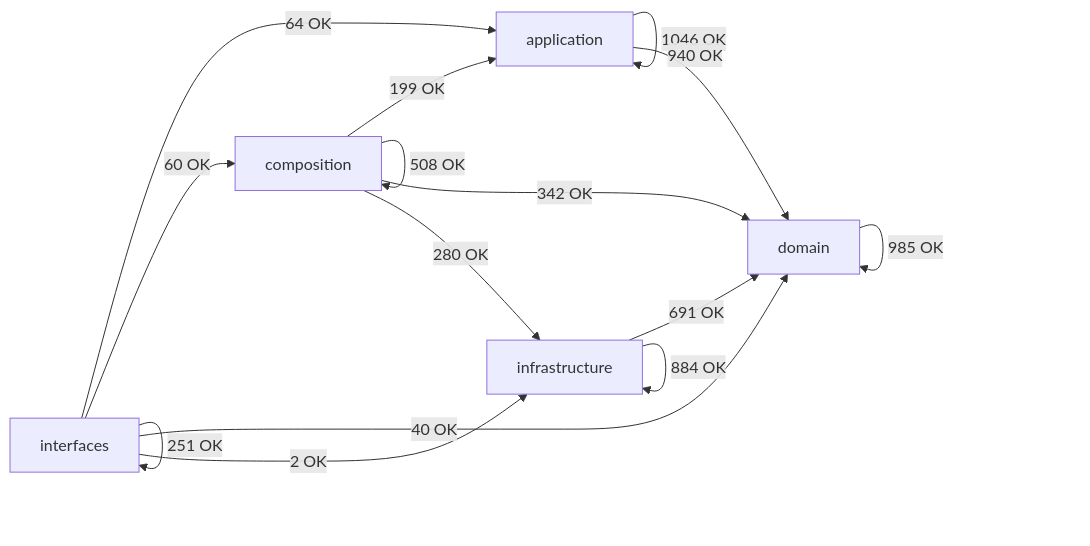
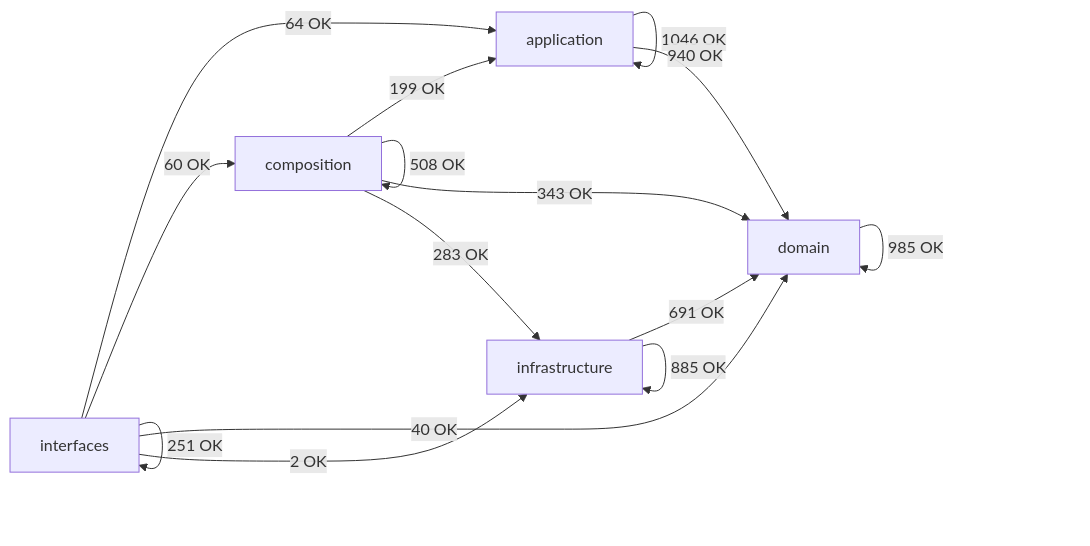
The diagram in docs/02-architecture/generated/module-dependency-map.md (SatoryKono/BioactivityDataAcquisition), drawn with Mermaid before and after one commit. The commit also changed other lines of this file and 6 other files, not shown here.

````diff
--- a/docs/02-architecture/generated/module-dependency-map.md
+++ b/docs/02-architecture/generated/module-dependency-map.md
@@ -17,22 +17,22 @@
 ```mermaid
 flowchart LR
     domain[domain]
     application[application]
     infrastructure[infrastructure]
     composition[composition]
     interfaces[interfaces]
     application -->|1046 OK| application
     application -->|940 OK| domain
     composition -->|199 OK| application
     composition -->|508 OK| composition
-    composition -->|342 OK| domain
-    composition -->|280 OK| infrastructure
+    composition -->|343 OK| domain
+    composition -->|283 OK| infrastructure
     domain -->|985 OK| domain
     infrastructure -->|691 OK| domain
-    infrastructure -->|884 OK| infrastructure
+    infrastructure -->|885 OK| infrastructure
     interfaces -->|64 OK| application
     interfaces -->|60 OK| composition
     interfaces -->|40 OK| domain
     interfaces -->|2 OK| infrastructure
     interfaces -->|251 OK| interfaces
 ```
````
